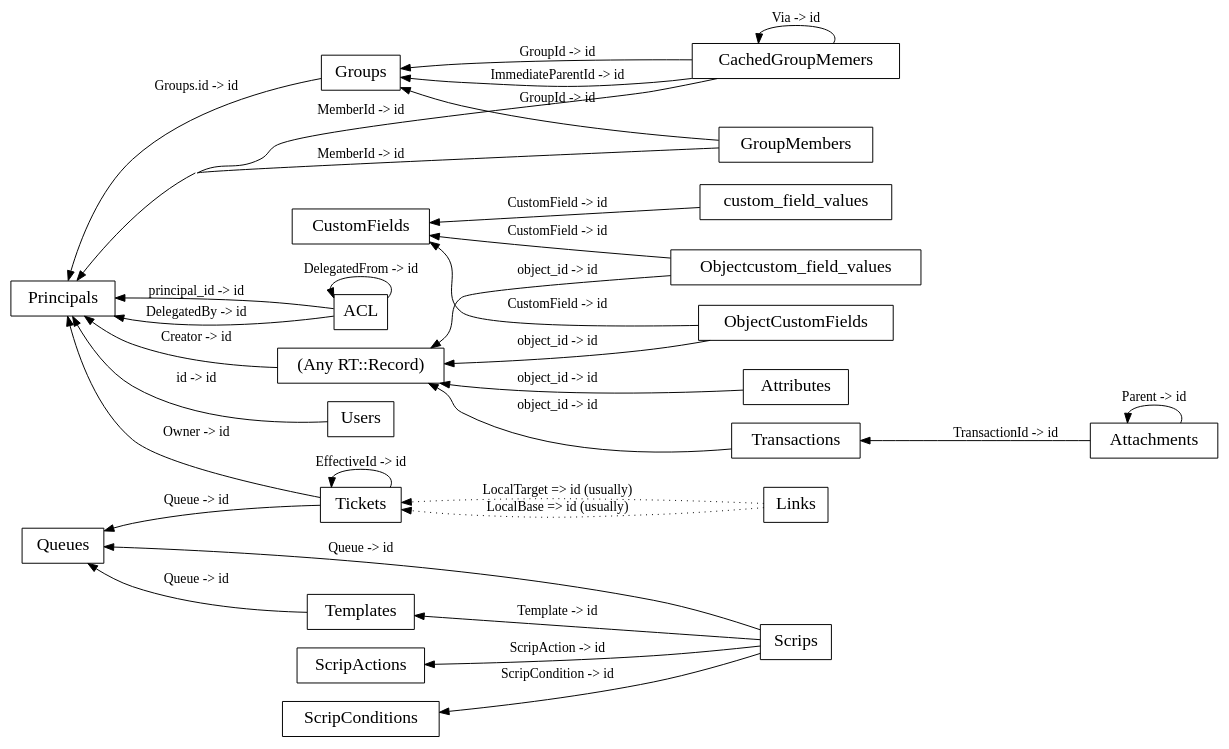
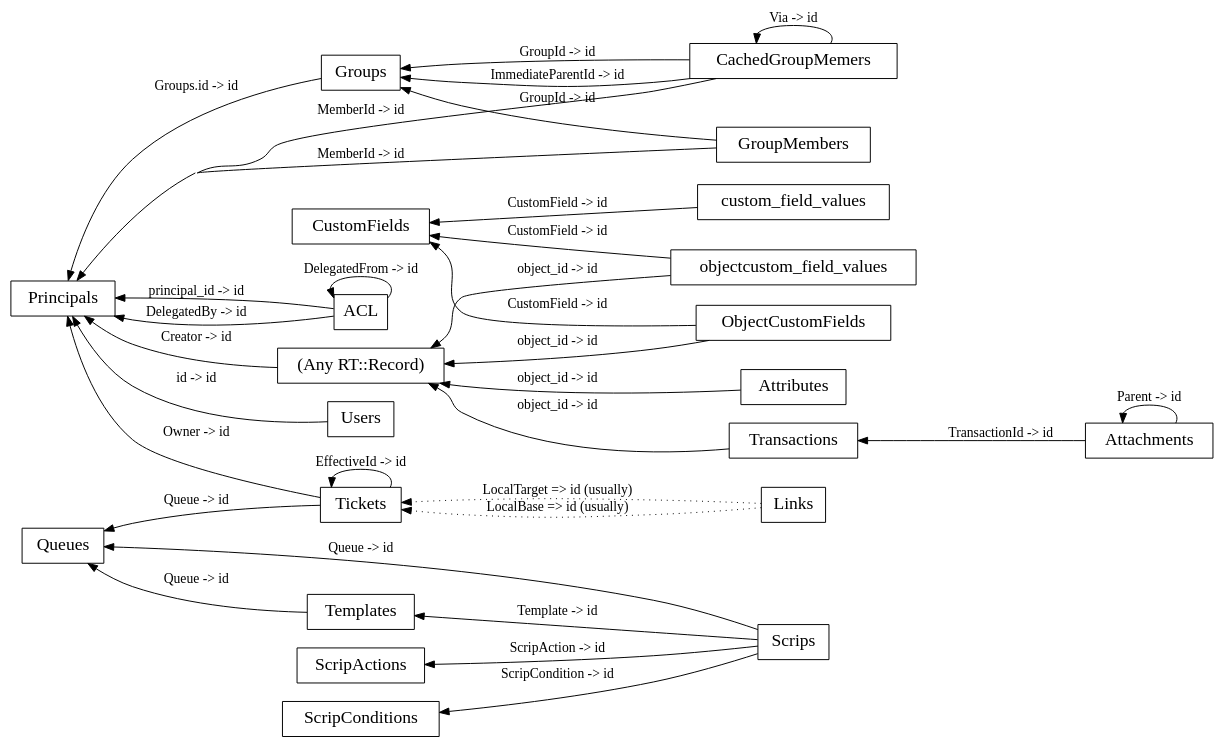
Before and after one commit to bestpractical/rt: the diagram in docs/rt3-schema-relationships.dot, drawn with Graphviz. The commit also changed 226 other files, not shown here.

```diff
--- a/docs/rt3-schema-relationships.dot
+++ b/docs/rt3-schema-relationships.dot
@@ -1,89 +1,89 @@
 digraph g {
 graph [
 rankdir = "RL",
  concentrate = true,
 ratio = auto
 ];
 node [
 fontsize = "18",
 shape = record, fontsize = 18
 ];
 edge [
 ];
 
 "Records" [shape = record, fontsize = 18, label = "(Any RT::Record)" ];
 "Records" -> "Principals" [label = "Creator -> id"];
 "ACL" [shape = record, fontsize = 18, label = "<col0> \N " ];
 "ACL" -> "Principals" [label="principal_id -> id"];
 "ACL" -> "Principals" [label="DelegatedBy -> id"];
 "ACL" -> "ACL" [label="DelegatedFrom -> id"];
 
 "Attachments" [shape = record, fontsize = 18, label = "<col0> \N " ];
 "Attachments" -> "Transactions" [label="TransactionId -> id"];
 "Attachments" -> "Attachments" [label="Parent -> id"];
 
 "CachedGroupMemers" [shape = record, fontsize = 18, label = "<col0> \N " ];
 "CachedGroupMemers" -> "Groups" [label="GroupId -> id", weight=2];
 "CachedGroupMemers" -> "Principals" [label="MemberId -> id"];
 "CachedGroupMemers" -> "CachedGroupMemers" [label="Via -> id"];
 "CachedGroupMemers" -> "Groups" [label="ImmediateParentId -> id"];
 
 "CustomFields" [shape = record, fontsize = 18, label = "<col0> \N " ];
 
 "custom_field_values" [shape = record, fontsize = 18, label = "<col0> \N " ];
 "custom_field_values" -> "CustomFields" [label="CustomField -> id"];
 
 "GroupMembers" [shape = record, fontsize = 18, label = "<col0> \N " ];
 "GroupMembers" -> "Groups" [label="GroupId -> id", weight=2];
 "GroupMembers" -> "Principals" [label="MemberId -> id", weight = 2];
 
 "Groups" [shape = record, fontsize = 18, label = "<col0> \N " ];
 "Groups" -> "Principals" [label="Groups.id -> id"];
 
 "Links" [shape = record, fontsize = 18, label = "<col0> \N " ];
 "Links" -> "Tickets" [label="LocalBase => id (usually)", style="dotted"];
 "Links" -> "Tickets" [label="LocalTarget => id (usually)", style="dotted"];
 
 "Principals" [shape = record, fontsize = 18, label = "<col0> \N " ];
 
 "Attributes" [shape = record, fontsize = 18, label = "<col0> \N " ];
 "Attributes" -> "Records" [label="object_id -> id"];
 
 "Queues" [shape = record, fontsize = 18, label = "<col0> \N " ];
 
 "ScripActions" [shape = record, fontsize = 18, label = "<col0> \N " ];
 
 "ScripConditions" [shape = record, fontsize = 18, label = "<col0> \N " ];
 
 "Scrips" [shape = record, fontsize = 18, label = "<col0> \N " ];
 "Scrips" -> "ScripConditions" [label="ScripCondition -> id"];
 "Scrips" -> "ScripActions" [label="ScripAction -> id"];
 "Scrips" -> "Templates" [label="Template -> id"];
 "Scrips" -> "Queues" [label="Queue -> id"];
 
 "Templates" [shape = record, fontsize = 18, label = "<col0> \N " ];
 "Templates" -> "Queues" [label ="Queue -> id" ];
 
 "ObjectCustomFields" [shape = record, fontsize = 18, label = "<col0> \N " ];
 "ObjectCustomFields" -> "CustomFields" [label="CustomField -> id"];
 "ObjectCustomFields" -> "Records" [label="object_id -> id"];
 
-"Objectcustom_field_values" [shape = record, fontsize = 18, label = "<col0> \N " ];
-"Objectcustom_field_values" -> "CustomFields" [label="CustomField -> id"];
-"Objectcustom_field_values" -> "Records" [label="object_id -> id"];
+"objectcustom_field_values" [shape = record, fontsize = 18, label = "<col0> \N " ];
+"objectcustom_field_values" -> "CustomFields" [label="CustomField -> id"];
+"objectcustom_field_values" -> "Records" [label="object_id -> id"];
 
 "Tickets" [shape = record, fontsize = 18, label = "<col0> \N " ];
 "Tickets" -> "Tickets" [label="EffectiveId -> id"];
 "Tickets" -> "Principals" [label="Owner -> id"];
 "Queues" -> "Tickets" [style="invis"];
 "Tickets" -> "Queues" [label="Queue -> id"];
 
 "Transactions" [shape = record, fontsize = 18, label = "<col0> \N " ];
 "Transactions" -> "Records" [label="object_id -> id"];
 
 "Users" [shape = record, fontsize = 18, label = "<col0> \N " ];
 
 "Users" -> "Principals" [label="id -> id"];
 
 
 }
```
